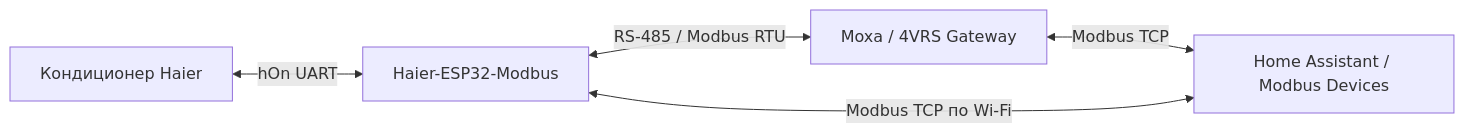
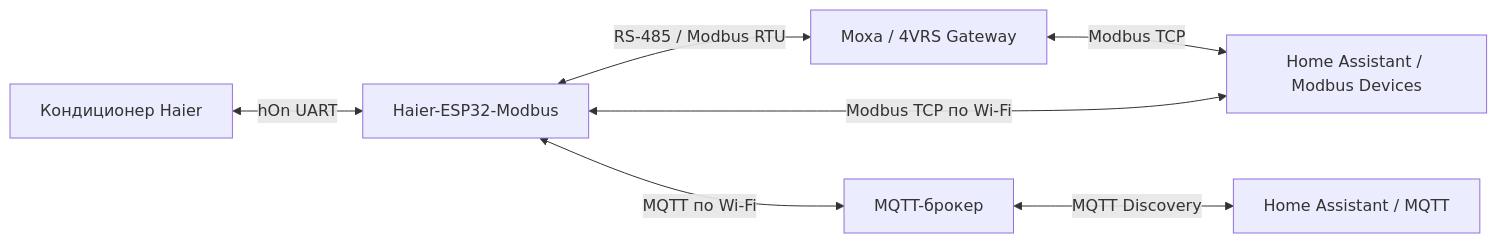
One commit to dk-1983/Haier-ESP32-Modbus changed the diagram in README.md. Above: the diagram before and after it, drawn with Mermaid. The commit also changed other lines of this file, not shown here.

Commit message:
docs: explain MQTT Home Assistant discovery and setup

````diff
--- a/README.md
+++ b/README.md
@@ -9,7 +9,9 @@
 ```mermaid
 flowchart LR
   AC["Кондиционер Haier"] <-->|"hOn UART"| ESP["Haier-ESP32-Modbus"]
   ESP <-->|"RS-485 / Modbus RTU"| MOXA["Moxa / 4VRS Gateway"]
   MOXA <-->|"Modbus TCP"| HA["Home Assistant / Modbus Devices"]
   ESP <-->|"Modbus TCP по Wi-Fi"| HA
+  ESP <-->|"MQTT по Wi-Fi"| BROKER["MQTT-брокер"]
+  BROKER <-->|"MQTT Discovery"| HAMQTT["Home Assistant / MQTT"]
 ```
````
